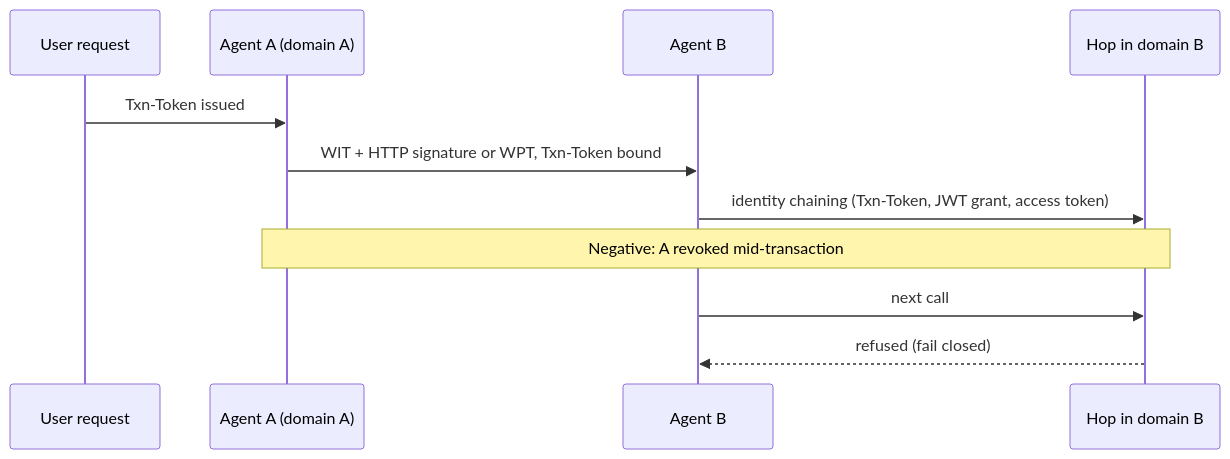
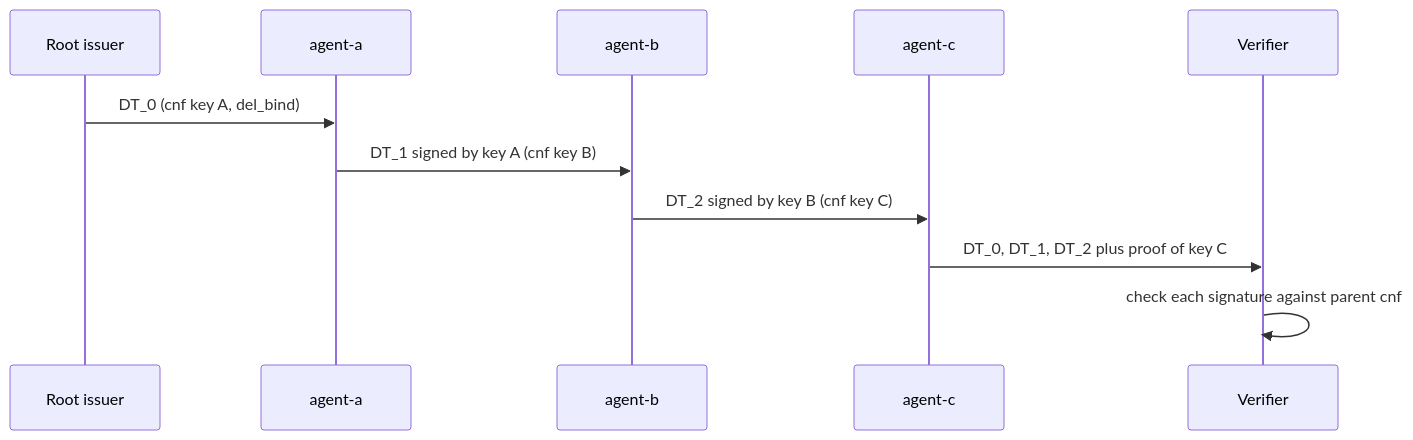
The first of 4 diagrams in tracks/ietf-wimse/reports/daily/2026-11-16.md (0-draft/identity-deep-dive), drawn with Mermaid before and after one commit. The commit also changed other lines of this file and 9 other files, not shown here.

````diff
--- a/tracks/ietf-wimse/reports/daily/2026-11-16.md
+++ b/tracks/ietf-wimse/reports/daily/2026-11-16.md
@@ -81,13 +18,13 @@
 ```mermaid
 sequenceDiagram
- participant U as User request
- participant A as Agent A (domain A)
- participant B as Agent B
- participant X as Hop in domain B
- U->>A: Txn-Token issued
- A->>B: WIT + HTTP signature or WPT, Txn-Token bound
- B->>X: identity chaining (Txn-Token, JWT grant, access token)
- Note over A,X: Negative: A revoked mid-transaction
- B->>X: next call
- X-->>B: refused (fail closed)
+ participant AS as Root issuer
+ participant A as agent-a
+ participant B as agent-b
+ participant C as agent-c
+ participant V as Verifier
+ AS->>A: DT_0 (cnf key A, del_bind)
+ A->>B: DT_1 signed by key A (cnf key B)
+ B->>C: DT_2 signed by key B (cnf key C)
+ C->>V: DT_0, DT_1, DT_2 plus proof of key C
+ V->>V: check each signature against parent cnf
 ```
````
